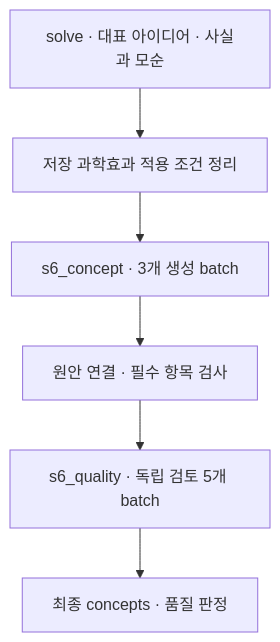
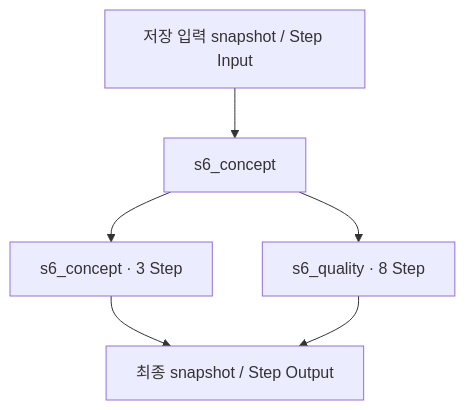
Before and after one commit to equipment0226/triz_backend: the diagram in docs/sample-data/rotation-serial-latest/stages/08-s6-concept.md, drawn with Mermaid. The commit also changed other lines of this file and 1606 other files, not shown here.

````diff
--- a/docs/sample-data/rotation-serial-latest/stages/08-s6-concept.md
+++ b/docs/sample-data/rotation-serial-latest/stages/08-s6-concept.md
@@ -9,8 +11,8 @@
 ```mermaid
 flowchart TD
-    I["solve · 대표 아이디어 · 사실과 모순"] --> E["저장 과학효과 적용 조건 정리"]
-    E --> G["s6_concept · 3개 생성 batch"]
-    G --> C["원안 연결 · 필수 항목 검사"]
-    C --> V["s6_quality · 독립 검토 5개 batch"]
-    V --> O["최종 concepts · 품질 판정"]
+    I["저장 입력 snapshot / Step Input"] --> S["s6_concept"]
+    S --> P0["s6_concept · 3 Step"]
+    P0 --> O["최종 snapshot / Step Output"]
+    S --> P1["s6_quality · 8 Step"]
+    P1 --> O["최종 snapshot / Step Output"]
 ```
````
